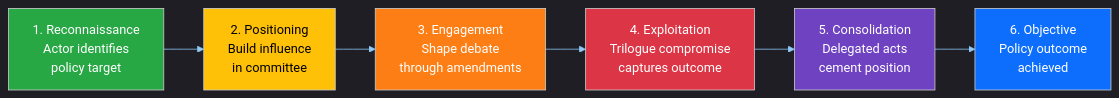
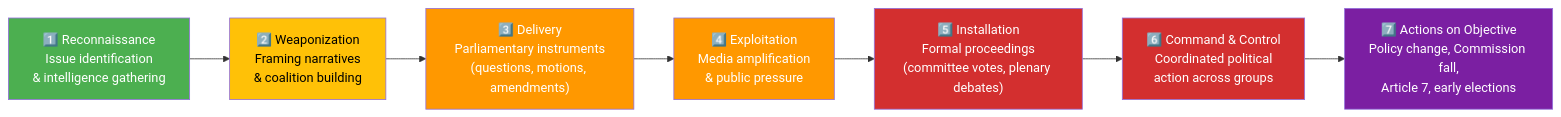
The fourth of 8 diagrams in analysis/methodologies/political-threat-framework.md (Hack23/euparliamentmonitor), drawn with Mermaid before and after one commit. The commit also changed other lines of this file and 49 other files, not shown here.

````diff
--- a/analysis/methodologies/political-threat-framework.md
+++ b/analysis/methodologies/political-threat-framework.md
@@ -331,16 +375,20 @@
 ```mermaid
-%%{init: {"theme":"dark","themeVariables":{"primaryColor":"#1565C0","primaryTextColor":"#ffffff","primaryBorderColor":"#0A3F7F","lineColor":"#90CAF9","secondaryColor":"#2E7D32","secondaryTextColor":"#ffffff","secondaryBorderColor":"#0F3F00","tertiaryColor":"#FF9800","tertiaryTextColor":"#000000","tertiaryBorderColor":"#7F4F00","mainBkg":"#1565C0","secondBkg":"#2E7D32","tertiaryBkg":"#FF9800","noteBkgColor":"#FFC107","noteTextColor":"#000000","noteBorderColor":"#7F6000","errorBkgColor":"#D32F2F","errorTextColor":"#ffffff","fontFamily":"Inter, Helvetica, Arial, sans-serif","pie1":"#1565C0","pie2":"#2E7D32","pie3":"#FF9800","pie4":"#D32F2F","pie5":"#FFC107","pie6":"#7B1FA2","pie7":"#9E9E9E","pie8":"#0288D1","pie9":"#388E3C","pie10":"#F57C00","pie11":"#C62828","pie12":"#FBC02D","pieTitleTextSize":"18px","pieSectionTextSize":"14px","pieLegendTextSize":"13px","pieStrokeColor":"#1e1e1e","pieOuterStrokeColor":"#1e1e1e","git0":"#1565C0","git1":"#2E7D32","git2":"#FF9800","git3":"#D32F2F","gitBranchLabel0":"#ffffff","gitBranchLabel1":"#ffffff","gitBranchLabel2":"#000000","gitBranchLabel3":"#ffffff","cScale0":"#1565C0","cScale1":"#2E7D32","cScale2":"#FF9800","cScale3":"#D32F2F","cScale4":"#FFC107","cScale5":"#7B1FA2","cScale6":"#9E9E9E","cScale7":"#0288D1","xyChart":{"backgroundColor":"#1e1e1e","plotColorPalette":"#1565C0,#2E7D32,#FF9800,#D32F2F,#FFC107,#7B1FA2,#9E9E9E"}}}}%%
 flowchart LR
-    KC1["1. Reconnaissance<br/>Actor identifies<br/>policy target"] --> KC2["2. Positioning<br/>Build influence<br/>in committee"]
-    KC2 --> KC3["3. Engagement<br/>Shape debate<br/>through amendments"]
-    KC3 --> KC4["4. Exploitation<br/>Trilogue compromise<br/>captures outcome"]
-    KC4 --> KC5["5. Consolidation<br/>Delegated acts<br/>cement position"]
-    KC5 --> KC6["6. Objective<br/>Policy outcome<br/>achieved"]
+    R["1️⃣ Reconnaissance<br/>Issue identification<br/>& intelligence gathering"]
+    W["2️⃣ Weaponization<br/>Framing narratives<br/>& coalition building"]
+    D["3️⃣ Delivery<br/>Parliamentary instruments<br/>(questions, motions, amendments)"]
+    X["4️⃣ Exploitation<br/>Media amplification<br/>& public pressure"]
+    I["5️⃣ Installation<br/>Formal proceedings<br/>(committee votes, plenary debates)"]
+    C["6️⃣ Command & Control<br/>Coordinated political<br/>action across groups"]
+    A["7️⃣ Actions on Objective<br/>Policy change, Commission fall,<br/>Article 7, early elections"]
 
-    style KC1 fill:#28a745,color:#fff
-    style KC2 fill:#ffc107,color:#000
-    style KC3 fill:#fd7e14,color:#fff
-    style KC4 fill:#dc3545,color:#fff
-    style KC5 fill:#6f42c1,color:#fff
-    style KC6 fill:#0d6efd,color:#fff
+    R --> W --> D --> X --> I --> C --> A
+
+    style R fill:#4CAF50,color:#FFFFFF
+    style W fill:#FFC107,color:#000000
+    style D fill:#FF9800,color:#FFFFFF
+    style X fill:#FF9800,color:#FFFFFF
+    style I fill:#D32F2F,color:#FFFFFF
+    style C fill:#D32F2F,color:#FFFFFF
+    style A fill:#7B1FA2,color:#FFFFFF
 ```
````
